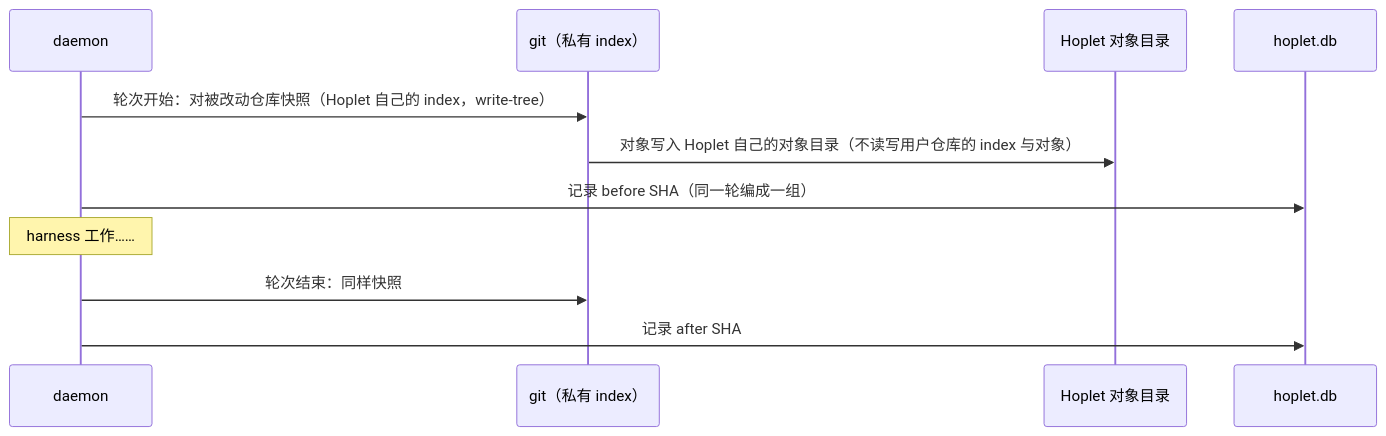
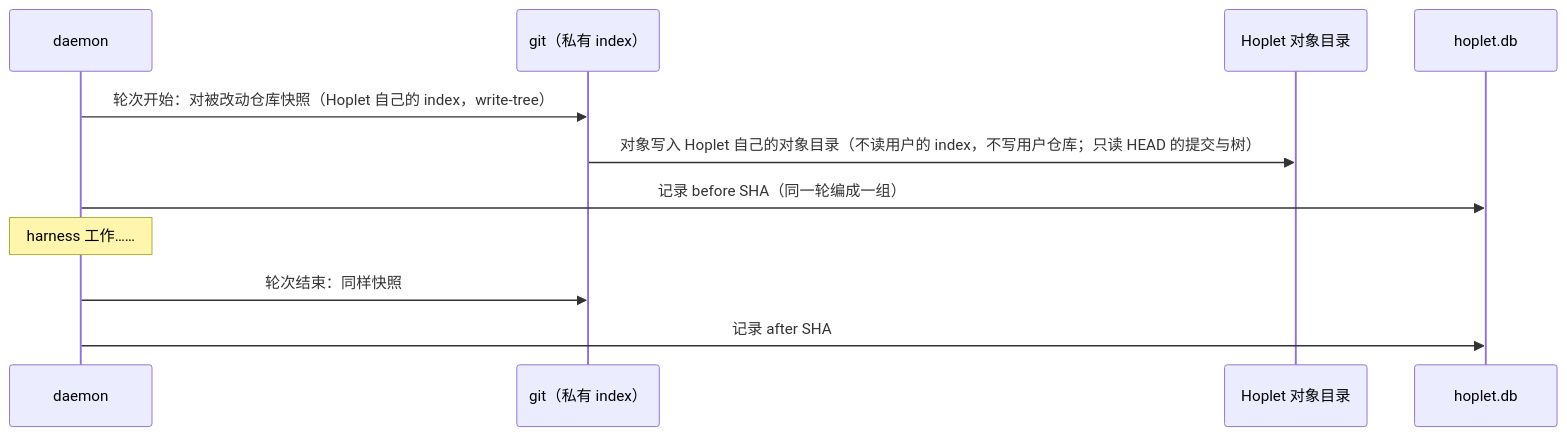
One commit to yangflow/hoplet changed the second of 3 diagrams in docs/design/0008-workspace-lifecycle.md. Above: the diagram before and after it, drawn with Mermaid. The commit also changed other lines of this file and 14 other files, not shown here.

````diff
--- a/docs/design/0008-workspace-lifecycle.md
+++ b/docs/design/0008-workspace-lifecycle.md
@@ -64,13 +64,13 @@
 ```mermaid
 sequenceDiagram
     participant D as daemon
     participant G as git（私有 index）
     participant O as Hoplet 对象目录
     participant DB as hoplet.db
     D->>G: 轮次开始：对被改动仓库快照（Hoplet 自己的 index，write-tree）
-    G->>O: 对象写入 Hoplet 自己的对象目录（不读写用户仓库的 index 与对象）
+    G->>O: 对象写入 Hoplet 自己的对象目录（不读用户的 index，不写用户仓库；只读 HEAD 的提交与树）
     D->>DB: 记录 before SHA（同一轮编成一组）
     Note over D: harness 工作……
     D->>G: 轮次结束：同样快照
     D->>DB: 记录 after SHA
 ```
````
